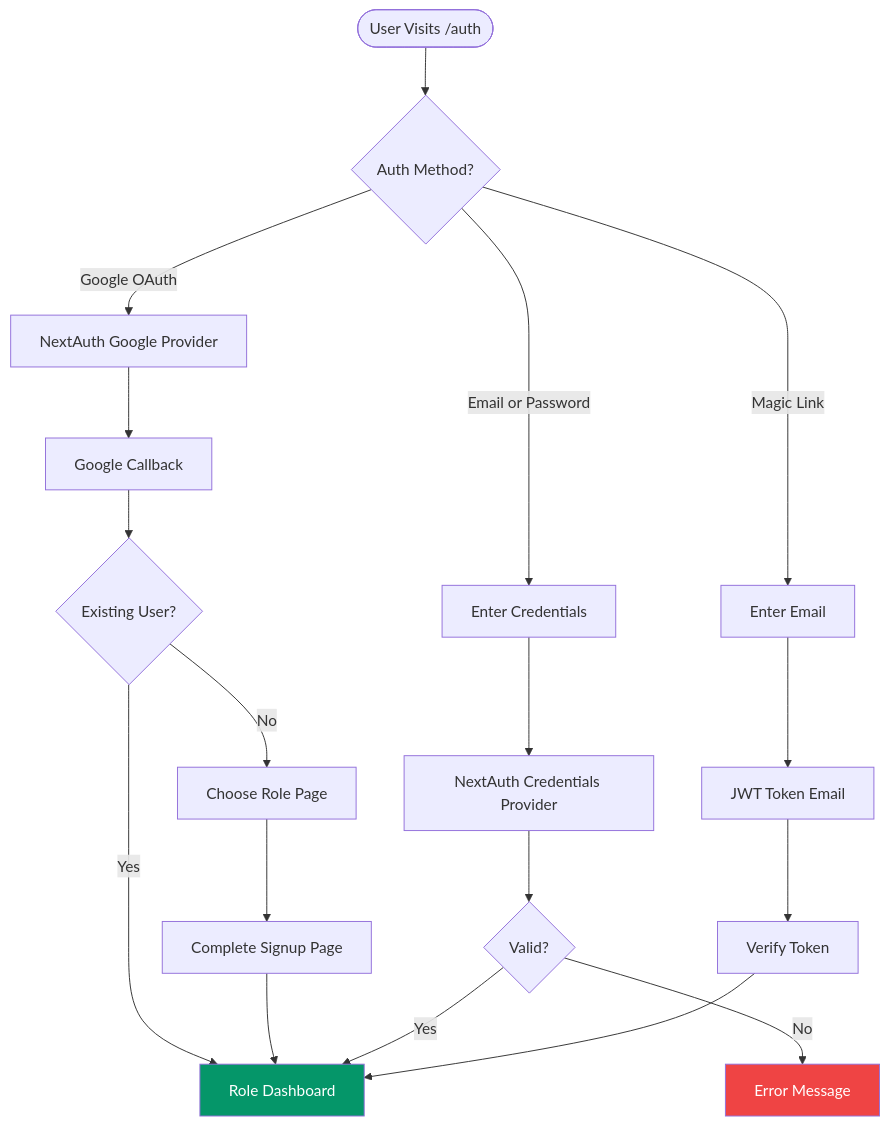
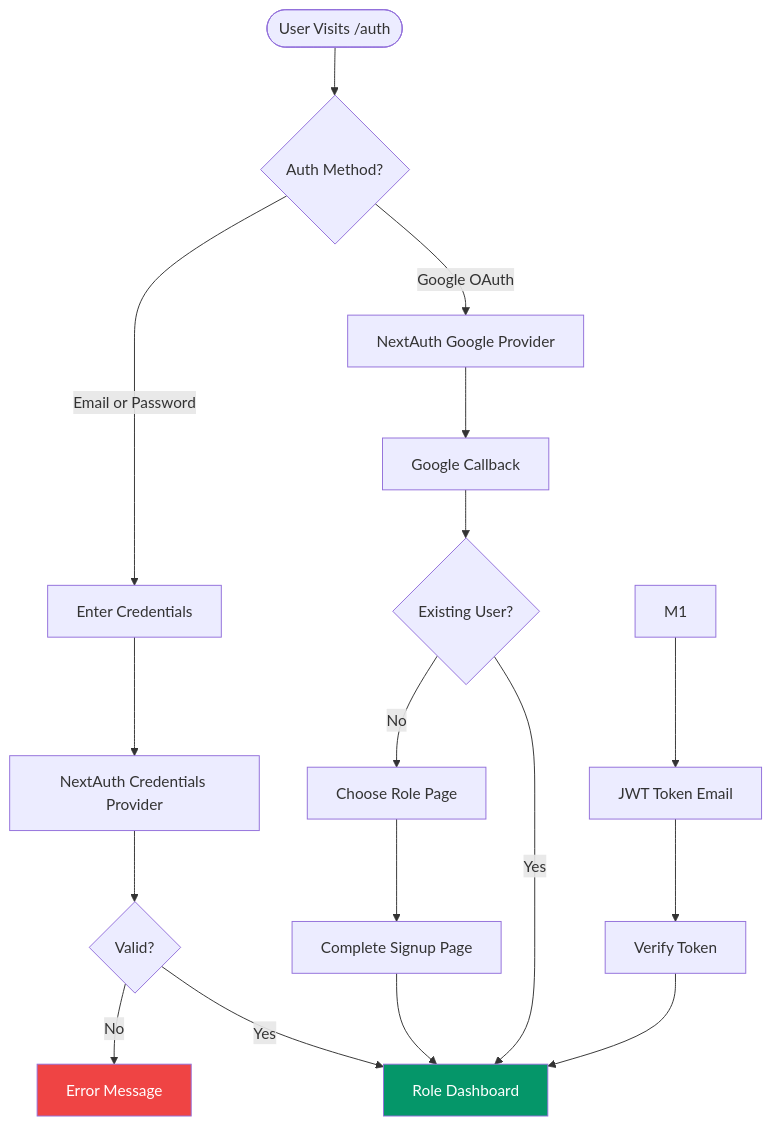
One commit to ashfakhm/laundry-ease changed the second of 14 diagrams in docs/CODEBASE_UNDERSTANDING.md. Above: the diagram before and after it, drawn with Mermaid. The commit also changed other lines of this file and 5 other files, not shown here.

````diff
--- a/docs/CODEBASE_UNDERSTANDING.md
+++ b/docs/CODEBASE_UNDERSTANDING.md
@@ -688,26 +688,26 @@
 ```mermaid
 flowchart TD
     Start([User Visits /auth]) --> Choice{Auth Method?}
     Choice -->|Google OAuth| G1[NextAuth Google Provider]
     Choice -->|Email or Password| C1[Enter Credentials]
-    Choice -->|Magic Link| M1[Enter Email]
+
 
     G1 --> G2[Google Callback]
     G2 --> G3{Existing User?}
     G3 -->|Yes| Dashboard[Role Dashboard]
     G3 -->|No| ChooseRole[Choose Role Page]
     ChooseRole --> CompleteSignup[Complete Signup Page]
     CompleteSignup --> Dashboard
 
     C1 --> C2[NextAuth Credentials Provider]
     C2 --> C3{Valid?}
     C3 -->|Yes| Dashboard
     C3 -->|No| C4[Error Message]
 
     M1 --> M2[JWT Token Email]
     M2 --> M3[Verify Token]
     M3 --> Dashboard
 
     style Dashboard fill:#059669,color:#fff
     style C4 fill:#ef4444,color:#fff
 ```
````
